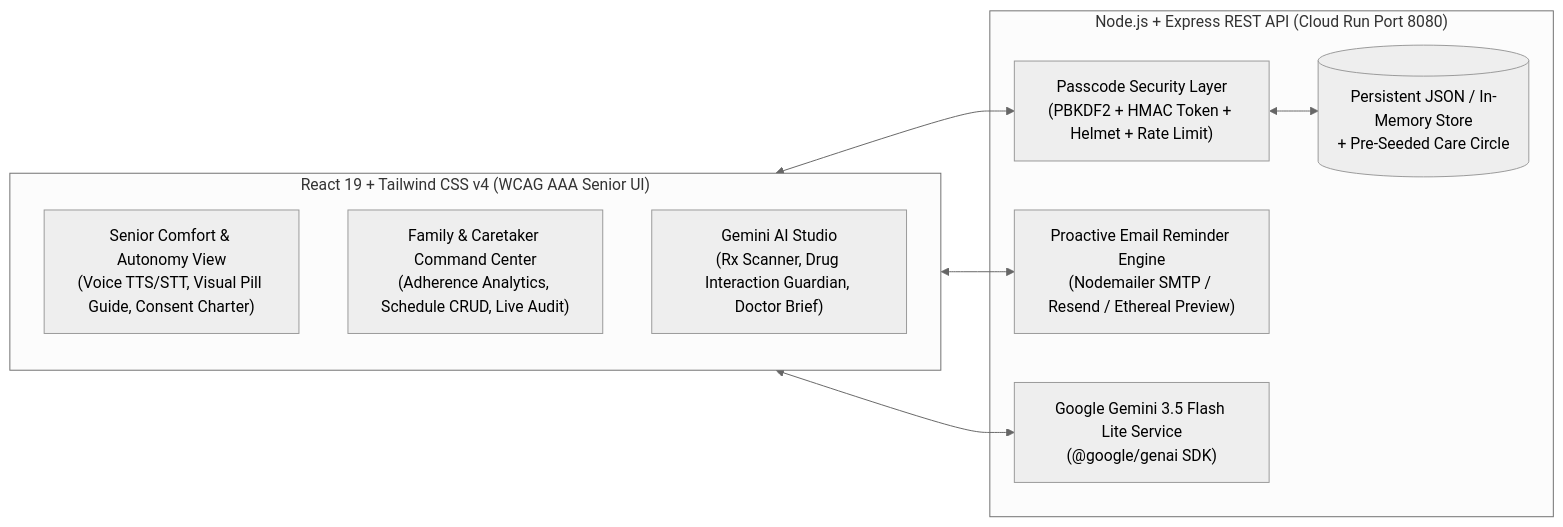
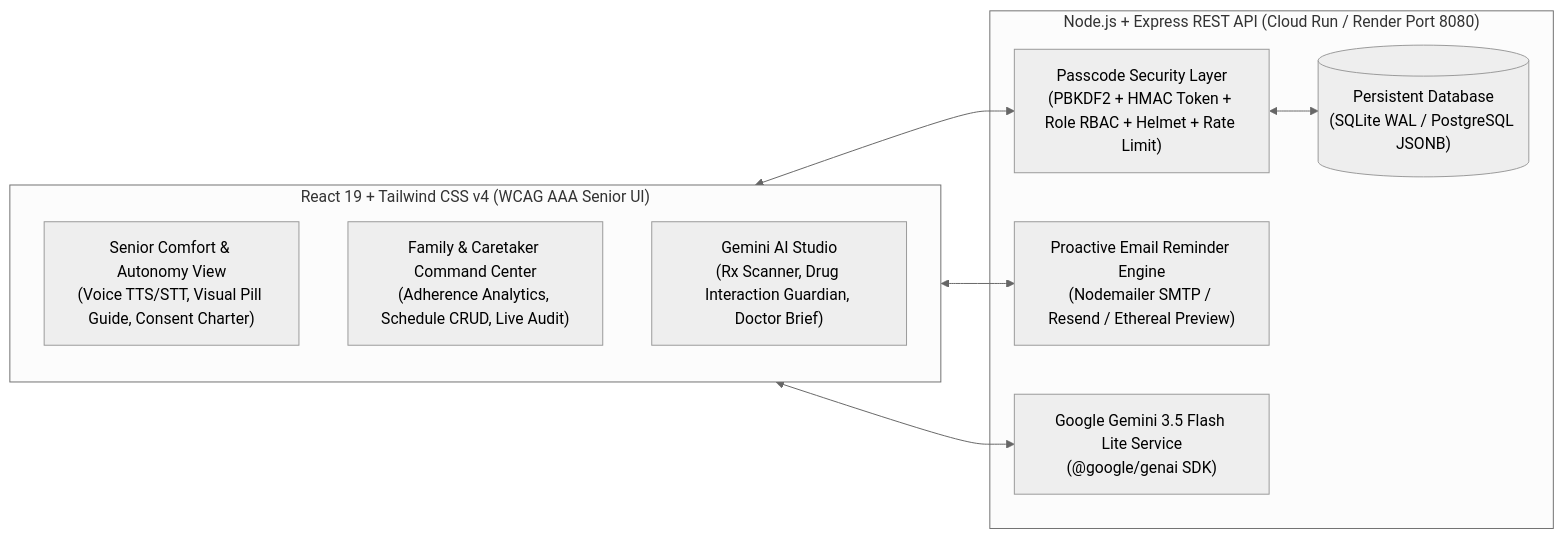
The diagram in README.md (9553943884pavan-alt/KinCare), drawn with Mermaid (neutral theme) before and after one commit. The commit also changed other lines of this file and 16 other files, not shown here.

Commit message:
Harden auth/RBAC, migrate to SQLite WAL/PostgreSQL persistence, and optimize Vite bundle

````diff
--- a/README.md
+++ b/README.md
@@ -23,20 +23,20 @@
 ```mermaid
 flowchart LR
     subgraph Frontend["React 19 + Tailwind CSS v4 (WCAG AAA Senior UI)"]
         Comfort["Senior Comfort & Autonomy View\n(Voice TTS/STT, Visual Pill Guide, Consent Charter)"]
         Command["Family & Caretaker Command Center\n(Adherence Analytics, Schedule CRUD, Live Audit)"]
         AIHub["Gemini AI Studio\n(Rx Scanner, Drug Interaction Guardian, Doctor Brief)"]
     end
 
-    subgraph Backend["Node.js + Express REST API (Cloud Run Port 8080)"]
-        Sec["Passcode Security Layer\n(PBKDF2 + HMAC Token + Helmet + Rate Limit)"]
+    subgraph Backend["Node.js + Express REST API (Cloud Run / Render Port 8080)"]
+        Sec["Passcode Security Layer\n(PBKDF2 + HMAC Token + Role RBAC + Helmet + Rate Limit)"]
         Email["Proactive Email Reminder Engine\n(Nodemailer SMTP / Resend / Ethereal Preview)"]
         Gemini["Google Gemini 3.5 Flash Lite Service\n(@google/genai SDK)"]
-        Store[("Persistent JSON / In-Memory Store\n+ Pre-Seeded Care Circle")]
+        Store[("Persistent Database\n(SQLite WAL / PostgreSQL JSONB)")]
     end
 
     Frontend <--> Sec
     Sec <--> Store
     Frontend <--> Email
     Frontend <--> Gemini
 ```
````
